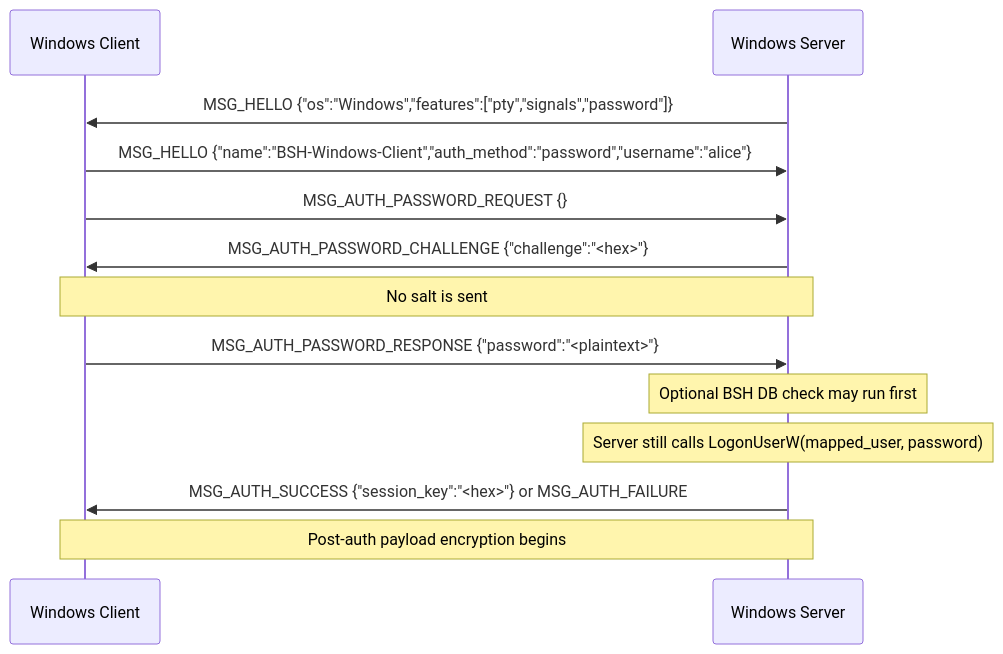
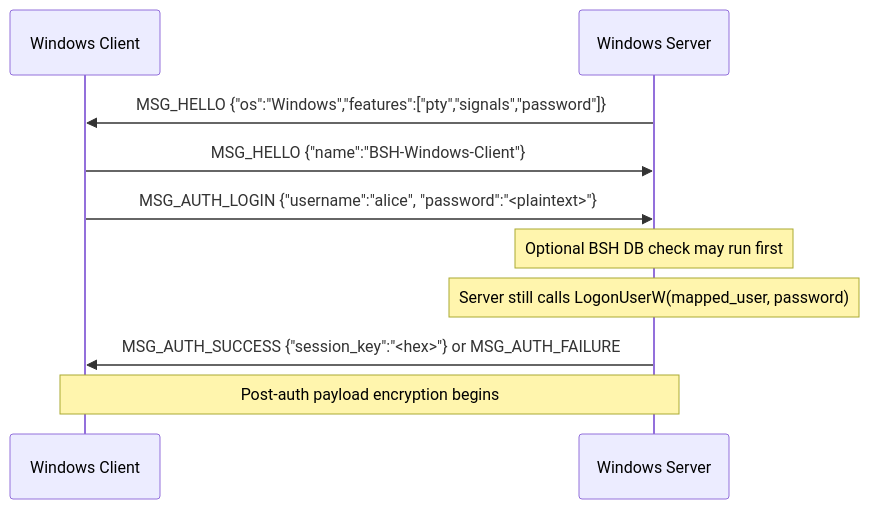
Before and after one commit to Hacker-SriDhar/OpenBSH: the second of 9 diagrams in docs/protocol-security.md, drawn with Mermaid. The commit also changed other lines of this file and 11 other files, not shown here.

````diff
--- a/docs/protocol-security.md
+++ b/docs/protocol-security.md
@@ -137,16 +121,13 @@
 ```mermaid
 sequenceDiagram
     participant WC as Windows Client
     participant WS as Windows Server
 
     WS->>WC: MSG_HELLO {"os":"Windows","features":["pty","signals","password"]}
-    WC->>WS: MSG_HELLO {"name":"BSH-Windows-Client","auth_method":"password","username":"alice"}
-    WC->>WS: MSG_AUTH_PASSWORD_REQUEST {}
-    WS->>WC: MSG_AUTH_PASSWORD_CHALLENGE {"challenge":"<hex>"}
-    Note over WS,WC: No salt is sent
-    WC->>WS: MSG_AUTH_PASSWORD_RESPONSE {"password":"<plaintext>"}
+    WC->>WS: MSG_HELLO {"name":"BSH-Windows-Client"}
+    WC->>WS: MSG_AUTH_LOGIN {"username":"alice", "password":"<plaintext>"}
     Note over WS: Optional BSH DB check may run first
     Note over WS: Server still calls LogonUserW(mapped_user, password)
     WS->>WC: MSG_AUTH_SUCCESS {"session_key":"<hex>"} or MSG_AUTH_FAILURE
     Note over WC,WS: Post-auth payload encryption begins
 ```
````
